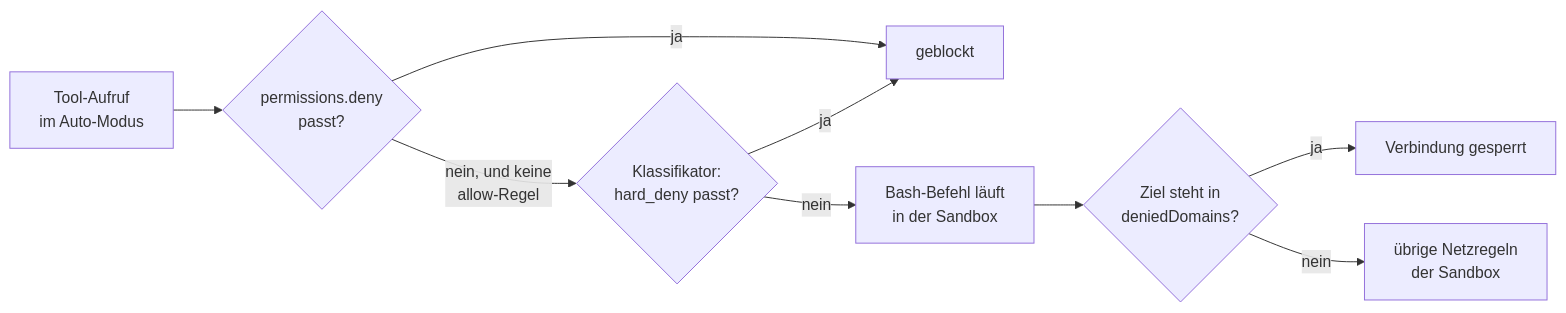
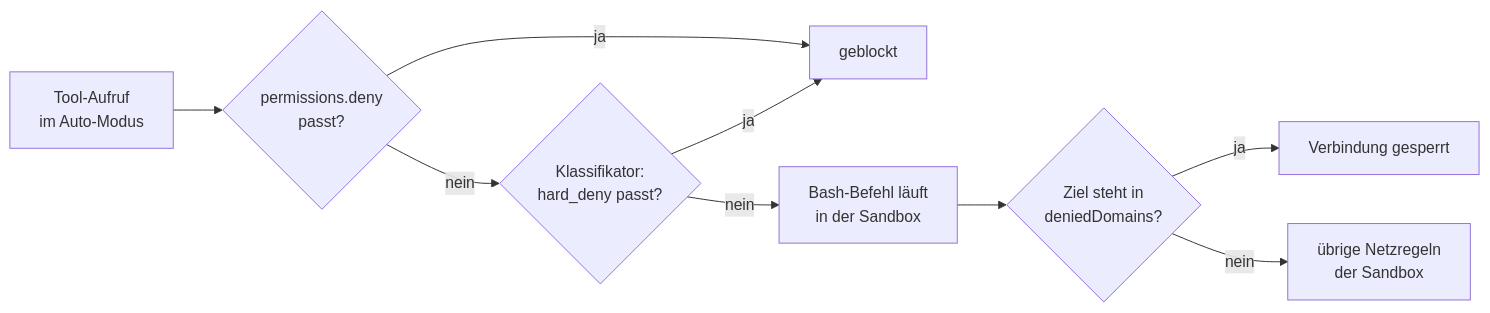
One commit to dynamic-dome/dynamic-workshop changed the diagram in resources/library/s3-10-netzwerk-und-skills-haerten.md. Above: the diagram before and after it, drawn with Mermaid. The commit also changed other lines of this file, not shown here.

````diff
--- a/resources/library/s3-10-netzwerk-und-skills-haerten.md
+++ b/resources/library/s3-10-netzwerk-und-skills-haerten.md
@@ -43,11 +43,11 @@
 ```mermaid
 flowchart LR
   A["Tool-Aufruf<br/>im Auto-Modus"] --> B{"permissions.deny<br/>passt?"}
   B -- "ja" --> X["geblockt"]
-  B -- "nein, und keine<br/>allow-Regel" --> C{"Klassifikator:<br/>hard_deny passt?"}
+  B -- "nein" --> C{"Klassifikator:<br/>hard_deny passt?"}
   C -- "ja" --> X
   C -- "nein" --> D["Bash-Befehl läuft<br/>in der Sandbox"]
   D --> E{"Ziel steht in<br/>deniedDomains?"}
   E -- "ja" --> Y["Verbindung gesperrt"]
   E -- "nein" --> Z["übrige Netzregeln<br/>der Sandbox"]
 ```
````
